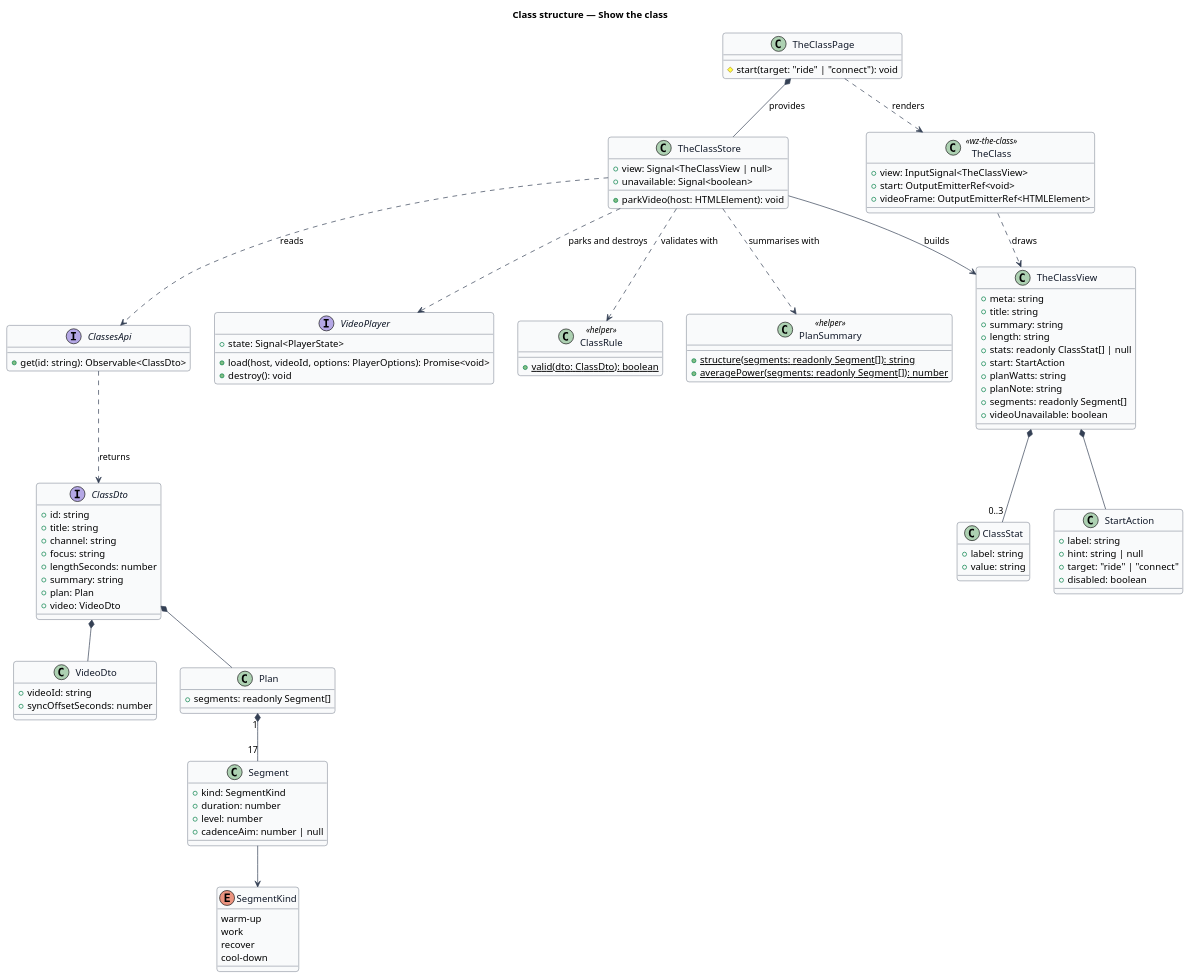
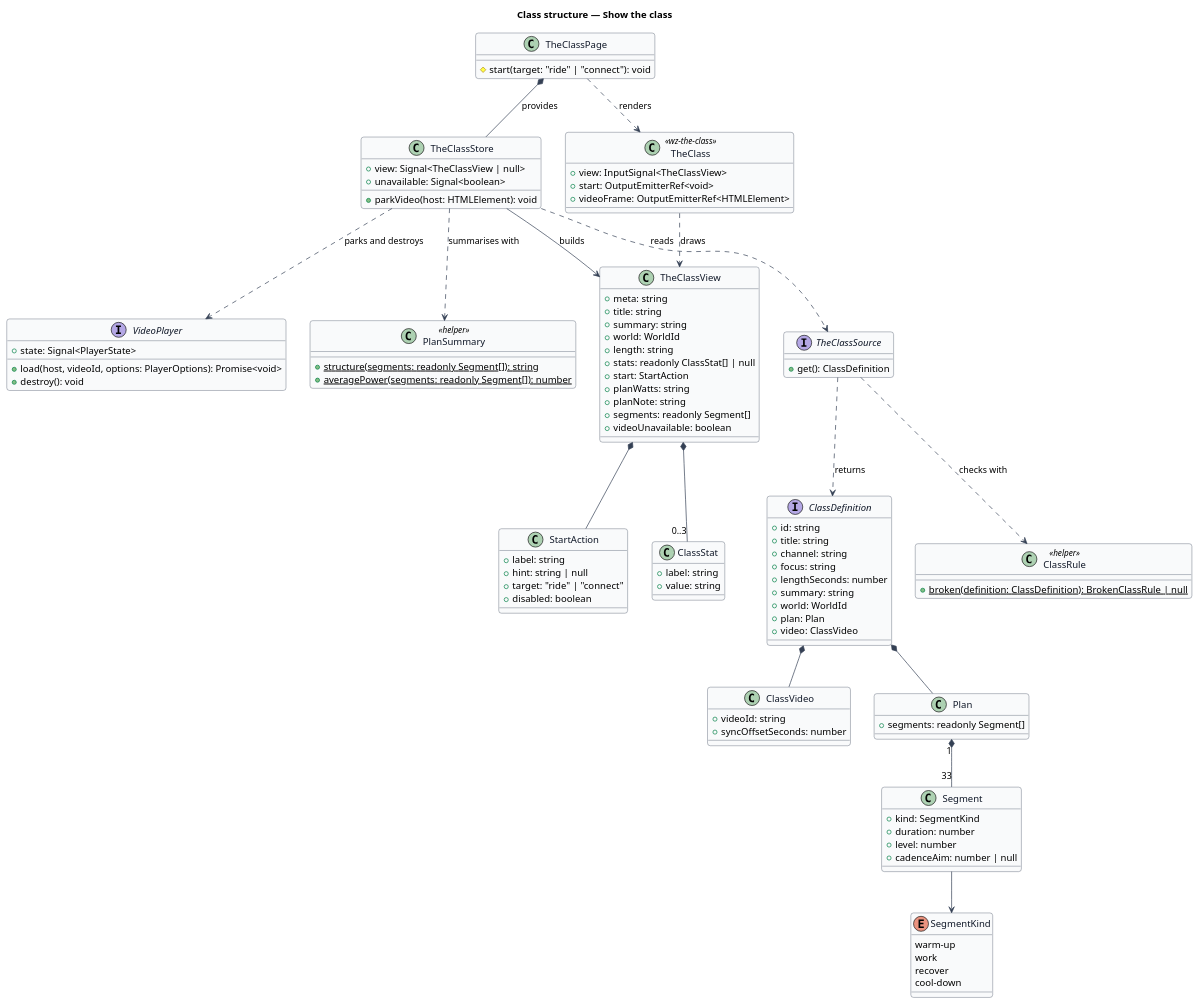
The diagram in docs/detailed-designs/the-class/show-the-class/diagrams/class-structure.puml (QuinntyneBrown/ride-one), drawn with PlantUML before and after one commit. The commit also changed 223 other files, not shown here.

```diff
--- a/docs/detailed-designs/the-class/show-the-class/diagrams/class-structure.puml
+++ b/docs/detailed-designs/the-class/show-the-class/diagrams/class-structure.puml
@@ -1,111 +1,113 @@
 @startuml
 ' --- shared skin header ---
 skinparam backgroundColor #FFFFFF
 skinparam shadowing false
 skinparam roundcorner 8
 skinparam defaultFontName Arial
 skinparam ArrowColor #344054
 skinparam class {
   BorderColor #344054
   FontColor #101828
   BackgroundColor #F9FAFB
 }
 ' --------------------------
 title Class structure — Show the class
 
-interface ClassDto {
+interface ClassDefinition {
   +id: string
   +title: string
   +channel: string
   +focus: string
   +lengthSeconds: number
   +summary: string
+  +world: WorldId
   +plan: Plan
-  +video: VideoDto
+  +video: ClassVideo
 }
-class VideoDto {
+class ClassVideo {
   +videoId: string
   +syncOffsetSeconds: number
 }
 class Plan {
   +segments: readonly Segment[]
 }
 class Segment {
   +kind: SegmentKind
   +duration: number
   +level: number
   +cadenceAim: number | null
 }
 enum SegmentKind {
   warm-up
   work
   recover
   cool-down
 }
-interface ClassesApi {
-  +get(id: string): Observable<ClassDto>
+interface TheClassSource {
+  +get(): ClassDefinition
 }
 class ClassRule <<helper>> {
-  +{static} valid(dto: ClassDto): boolean
+  +{static} broken(definition: ClassDefinition): BrokenClassRule | null
 }
 class PlanSummary <<helper>> {
   +{static} structure(segments: readonly Segment[]): string
   +{static} averagePower(segments: readonly Segment[]): number
 }
 class TheClassStore {
   +view: Signal<TheClassView | null>
   +unavailable: Signal<boolean>
   +parkVideo(host: HTMLElement): void
 }
 class TheClassView {
   +meta: string
   +title: string
   +summary: string
+  +world: WorldId
   +length: string
   +stats: readonly ClassStat[] | null
   +start: StartAction
   +planWatts: string
   +planNote: string
   +segments: readonly Segment[]
   +videoUnavailable: boolean
 }
 class StartAction {
   +label: string
   +hint: string | null
   +target: "ride" | "connect"
   +disabled: boolean
 }
 class ClassStat {
   +label: string
   +value: string
 }
 class TheClass <<wz-the-class>> {
   +view: InputSignal<TheClassView>
   +start: OutputEmitterRef<void>
   +videoFrame: OutputEmitterRef<HTMLElement>
 }
 class TheClassPage {
   #start(target: "ride" | "connect"): void
 }
 interface VideoPlayer {
   +state: Signal<PlayerState>
   +load(host, videoId, options: PlayerOptions): Promise<void>
   +destroy(): void
 }
 
-ClassesApi ..> ClassDto : returns
-ClassDto *-- Plan
-ClassDto *-- VideoDto
-Plan "1" *-- "17" Segment
+TheClassSource ..> ClassDefinition : returns
+TheClassSource ..> ClassRule : checks with
+ClassDefinition *-- Plan
+ClassDefinition *-- ClassVideo
+Plan "1" *-- "33" Segment
 Segment --> SegmentKind
-TheClassStore ..> ClassesApi : reads
-TheClassStore ..> ClassRule : validates with
+TheClassStore ..> TheClassSource : reads
 TheClassStore ..> PlanSummary : summarises with
 TheClassStore --> TheClassView : builds
 TheClassStore ..> VideoPlayer : parks and destroys
 TheClassView *-- StartAction
 TheClassView *-- "0..3" ClassStat
 TheClassPage *-- TheClassStore : provides
 TheClassPage ..> TheClass : renders
 TheClass ..> TheClassView : draws
 @enduml
```
